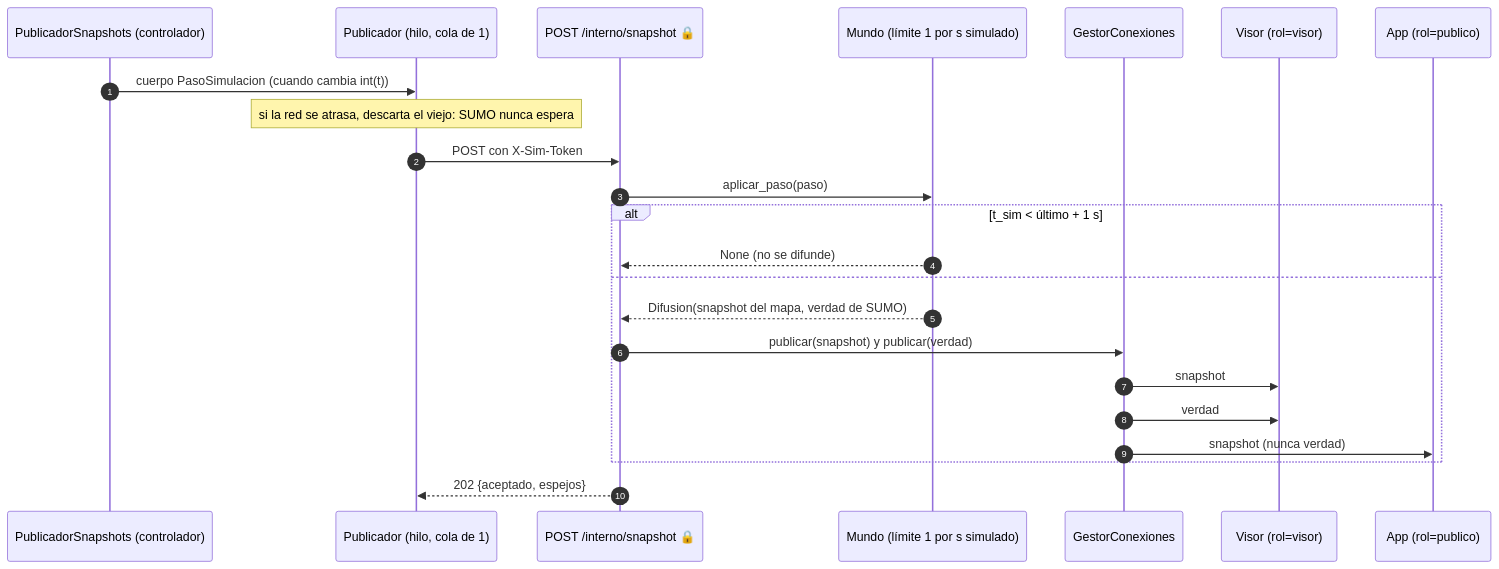
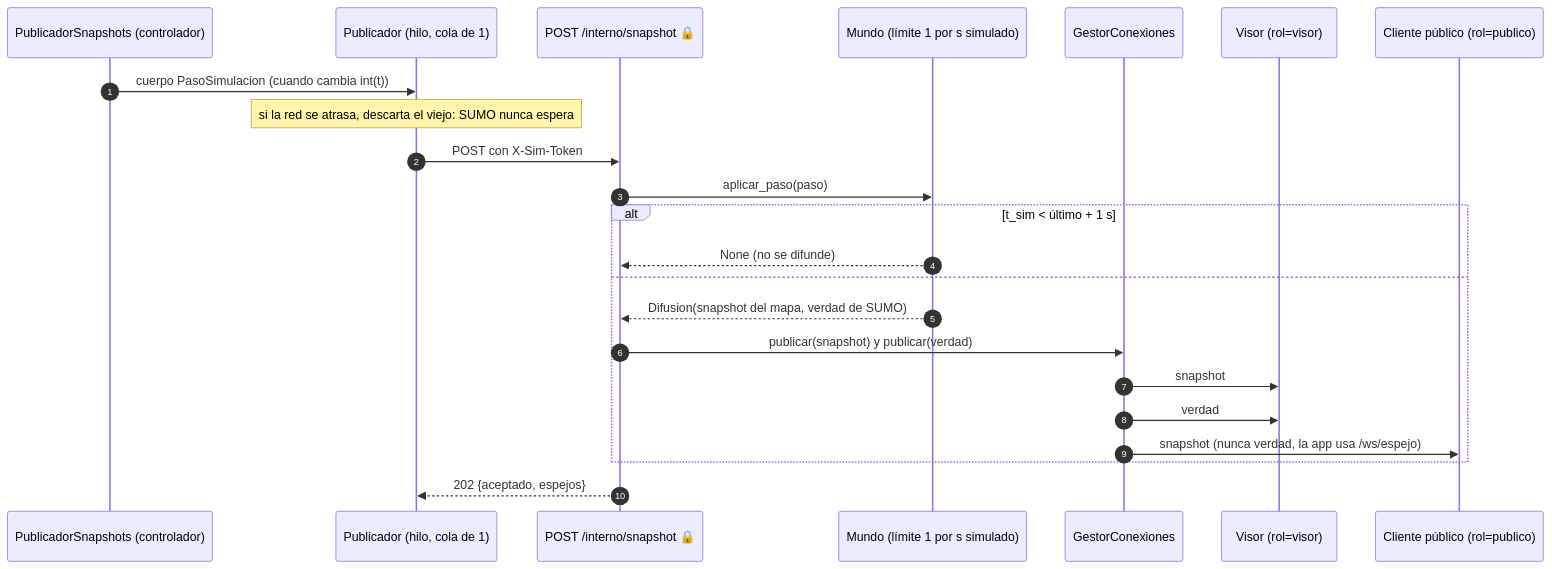
Before and after one commit to thyron001/e-sert: the diagram in semanas/S4/Freddy/codigo/comun/docs/diagramas/seq_snapshot_ws.mmd, drawn with Mermaid. The commit also changed 43 other files, not shown here.

```diff
--- a/semanas/S4/Freddy/codigo/comun/docs/diagramas/seq_snapshot_ws.mmd
+++ b/semanas/S4/Freddy/codigo/comun/docs/diagramas/seq_snapshot_ws.mmd
@@ -1,24 +1,24 @@
 %% Snapshot del controlador al visor y a la app (contrato §4.4 y §6)
 sequenceDiagram
   autonumber
   participant CT as PublicadorSnapshots (controlador)
   participant PU as Publicador (hilo, cola de 1)
   participant API as POST /interno/snapshot 🔒
   participant MU as Mundo (límite 1 por s simulado)
   participant G as GestorConexiones
   participant V as Visor (rol=visor)
-  participant A as App (rol=publico)
+  participant A as Cliente público (rol=publico)
   CT->>PU: cuerpo PasoSimulacion (cuando cambia int(t))
   Note over PU: si la red se atrasa, descarta el viejo: SUMO nunca espera
   PU->>API: POST con X-Sim-Token
   API->>MU: aplicar_paso(paso)
   alt t_sim < último + 1 s
     MU-->>API: None (no se difunde)
   else
     MU-->>API: Difusion(snapshot del mapa, verdad de SUMO)
     API->>G: publicar(snapshot) y publicar(verdad)
     G->>V: snapshot
     G->>V: verdad
-    G->>A: snapshot (nunca verdad)
+    G->>A: snapshot (nunca verdad, la app usa /ws/espejo)
   end
   API-->>PU: 202 {aceptado, espejos}
```
